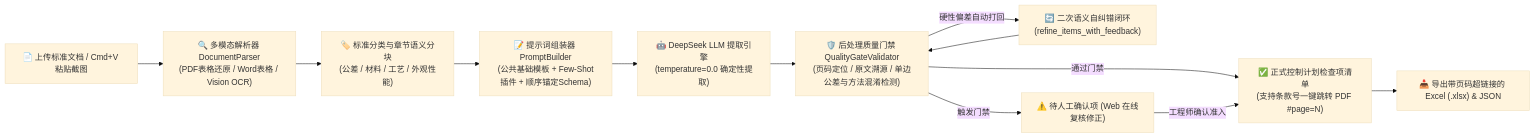
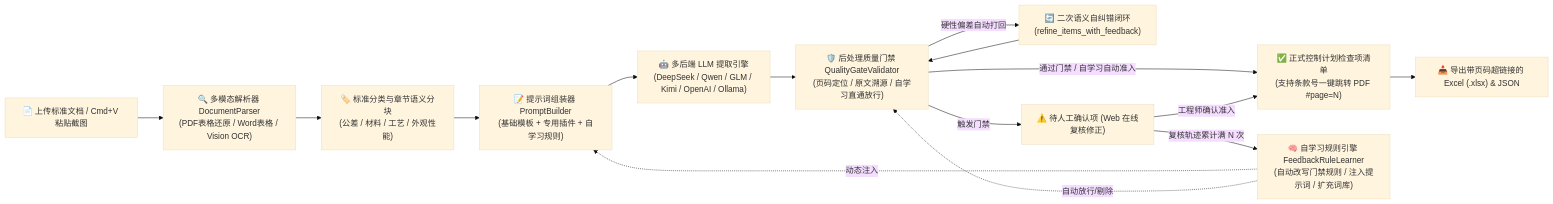
The diagram in README.md (jxtanchris/cp-extractor), drawn with Mermaid (base theme) before and after one commit. The commit also changed other lines of this file and 10 other files, not shown here.

Commit message:
feat: add multi-provider LLM switching with temperature control and human feedback rule learning engine

````diff
--- a/README.md
+++ b/README.md
@@ -45,14 +57,17 @@
 ```mermaid
 flowchart LR
     A["📄 上传标准文档 / Cmd+V 粘贴截图"] --> B["🔍 多模态解析器 DocumentParser\n(PDF表格还原 / Word表格 / Vision OCR)"]
     B --> C["🏷️ 标准分类与章节语义分块\n(公差 / 材料 / 工艺 / 外观性能)"]
-    C --> D["📝 提示词组装器 PromptBuilder\n(公共基础模板 + Few-Shot插件 + 顺序锚定Schema)"]
-    D --> E["🤖 DeepSeek LLM 提取引擎\n(temperature=0.0 确定性提取)"]
-    E --> F["🛡️ 后处理质量门禁 QualityGateValidator\n(页码定位 / 原文溯源 / 单边公差与方法混淆检测)"]
+    C --> D["📝 提示词组装器 PromptBuilder\n(基础模板 + 专用插件 + 自学习规则)"]
+    D --> E["🤖 多后端 LLM 提取引擎\n(DeepSeek / Qwen / GLM / Kimi / OpenAI / Ollama)"]
+    E --> F["🛡️ 后处理质量门禁 QualityGateValidator\n(页码定位 / 原文溯源 / 自学习直通放行)"]
     F -->|硬性偏差自动打回| R["🔄 二次语义自纠错闭环\n(refine_items_with_feedback)"]
     R --> F
-    F -->|通过门禁| G["✅ 正式控制计划检查项清单\n(支持条款号一键跳转 PDF #page=N)"]
+    F -->|通过门禁 / 自学习自动准入| G["✅ 正式控制计划检查项清单\n(支持条款号一键跳转 PDF #page=N)"]
     F -->|触发门禁| H["⚠️ 待人工确认项 (Web 在线复核修正)"]
     H -->|工程师确认准入| G
+    H -->|复核轨迹累计满 N 次| L["🧠 自学习规则引擎 FeedbackRuleLearner\n(自动改写门禁规则 / 注入提示词 / 扩充词库)"]
+    L -.->|动态注入| D
+    L -.->|自动放行/剔除| F
     G --> I["📥 导出带页码超链接的 Excel (.xlsx) & JSON"]
 ```
````
